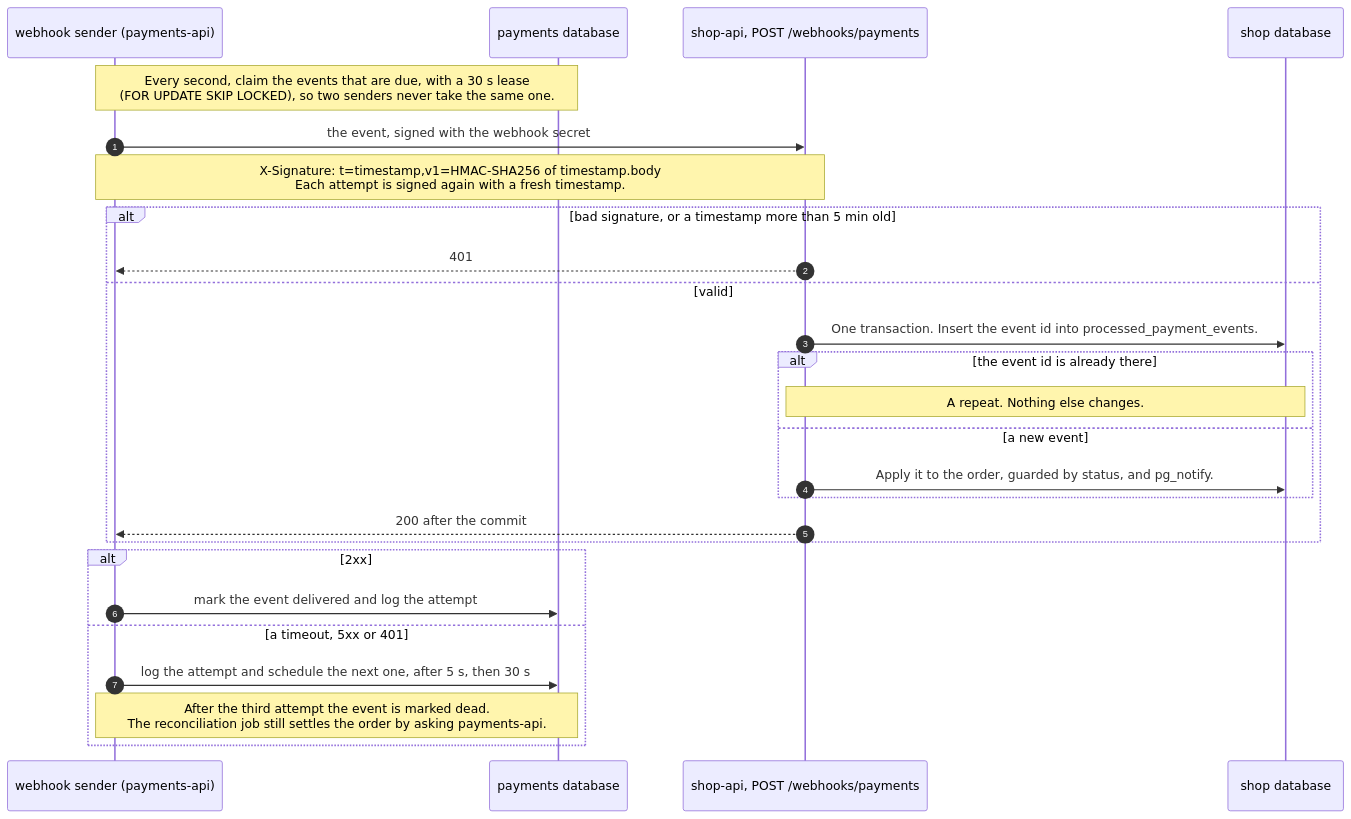
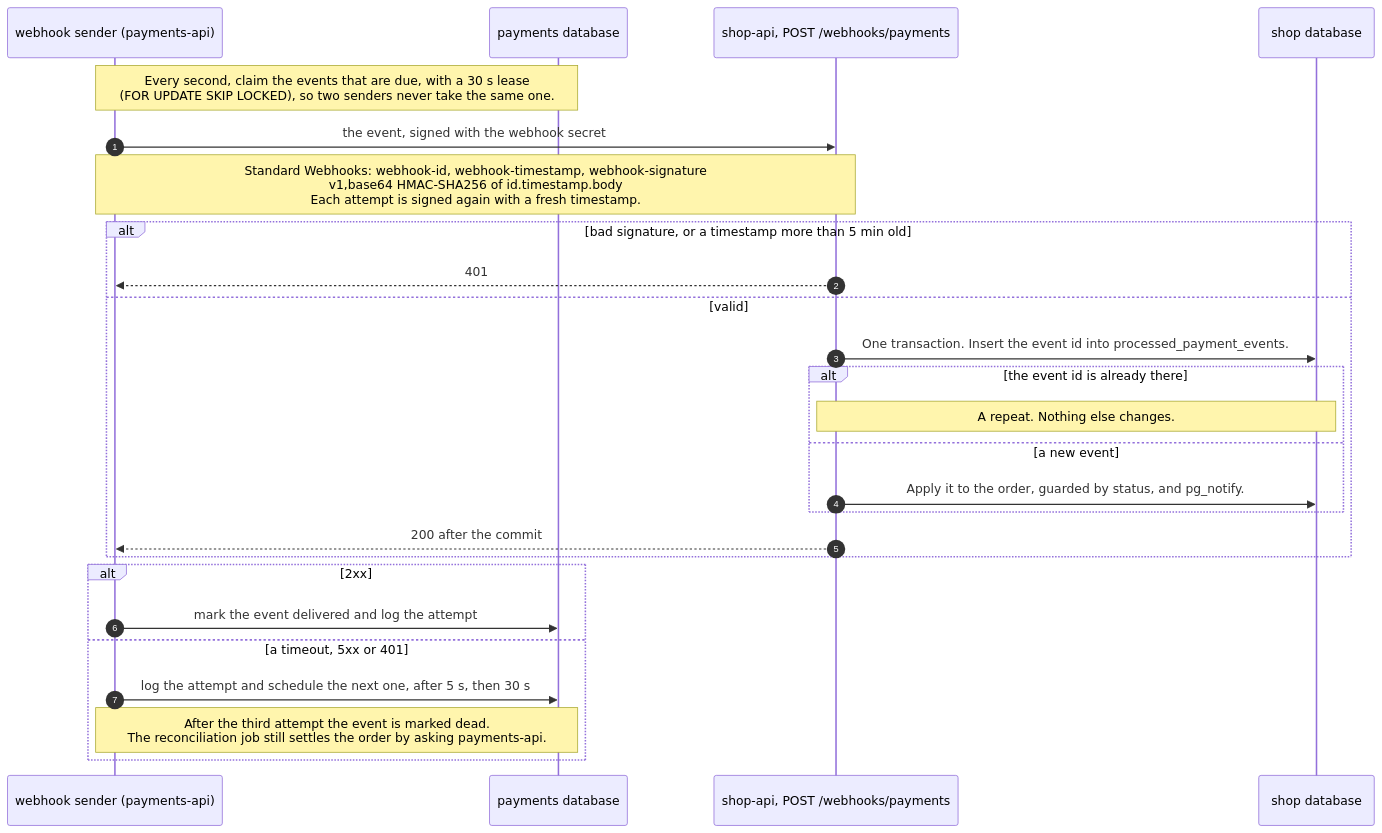
Before and after one commit to chaarlie/shopping-app: the second of 5 diagrams in docs/checkout-flow.md, drawn with Mermaid. The commit also changed other lines of this file and 19 other files, not shown here.

First line of the commit message:
refactor: adopt Standard Webhooks authentication

````diff
--- a/docs/checkout-flow.md
+++ b/docs/checkout-flow.md
@@ -51,29 +51,29 @@
 ```mermaid
 sequenceDiagram
     autonumber
     participant W as webhook sender (payments-api)
     participant PDB as payments database
     participant S as shop-api, POST /webhooks/payments
     participant SDB as shop database
 
     Note over W,PDB: Every second, claim the events that are due, with a 30 s lease<br/>(FOR UPDATE SKIP LOCKED), so two senders never take the same one.
     W->>S: the event, signed with the webhook secret
-    Note over W,S: X-Signature: t=timestamp,v1=HMAC-SHA256 of timestamp.body<br/>Each attempt is signed again with a fresh timestamp.
+    Note over W,S: Standard Webhooks: webhook-id, webhook-timestamp, webhook-signature<br/>v1,base64 HMAC-SHA256 of id.timestamp.body<br/>Each attempt is signed again with a fresh timestamp.
     alt bad signature, or a timestamp more than 5 min old
         S-->>W: 401
     else valid
         S->>SDB: One transaction. Insert the event id into processed_payment_events.
         alt the event id is already there
             Note over S,SDB: A repeat. Nothing else changes.
         else a new event
             S->>SDB: Apply it to the order, guarded by status, and pg_notify.
         end
         S-->>W: 200 after the commit
     end
     alt 2xx
         W->>PDB: mark the event delivered and log the attempt
     else a timeout, 5xx or 401
         W->>PDB: log the attempt and schedule the next one, after 5 s, then 30 s
         Note over W,PDB: After the third attempt the event is marked dead.<br/>The reconciliation job still settles the order by asking payments-api.
     end
 ```
````
